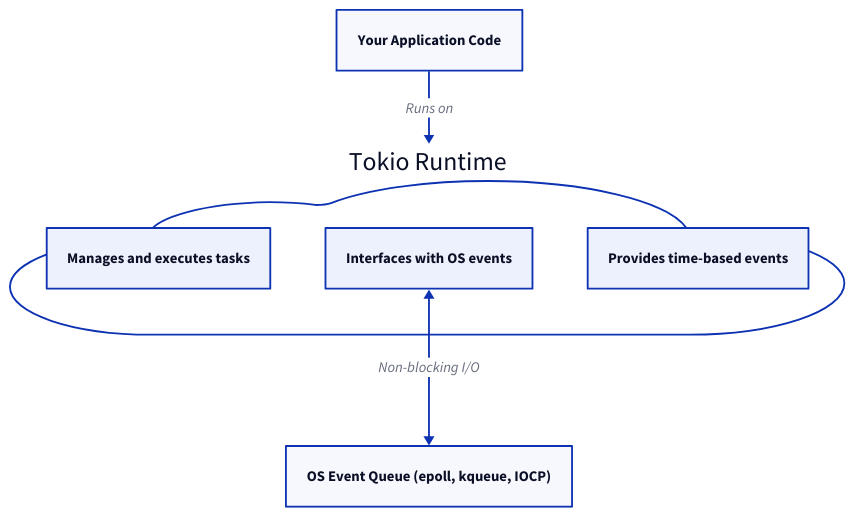
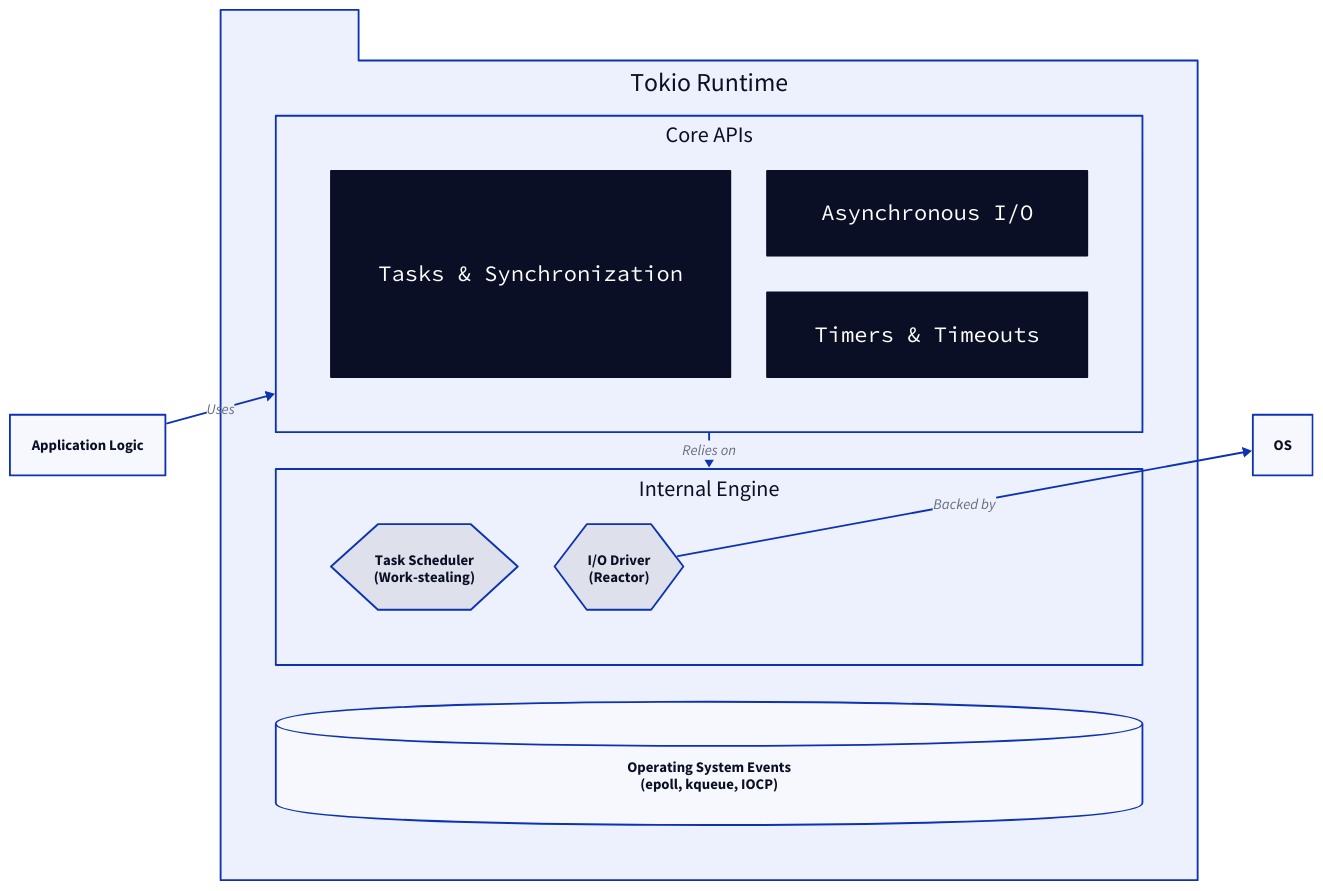
One commit to lban2049/tokio changed the diagram in .aigne/doc-smith/docs/overview.md. Above: the diagram before and after it, drawn with D2. The commit also changed other lines of this file and 42 other files, not shown here.

````diff
--- a/.aigne/doc-smith/docs/overview.md
+++ b/.aigne/doc-smith/docs/overview.md
@@ -21,14 +21,55 @@
 ```d2
 direction: down
 
-"Your Application Code" -> "Tokio Runtime": "Runs on"
-
-"Tokio Runtime": {
-  shape: cloud
-  "Task Scheduler": "Manages and executes tasks"
-  "I/O Reactor": "Interfaces with OS events"
-  "Timer": "Provides time-based events"
+"Application Logic" {
+  shape: rectangle
 }
 
-"Tokio Runtime"."I/O Reactor" <-> "OS Event Queue (epoll, kqueue, IOCP)": "Non-blocking I/O"
+"Tokio Runtime" {
+  shape: package
+  grid-columns: 1
+
+  "Core APIs" {
+    shape: rectangle
+    grid-columns: 2
+
+    "Task Management" {
+      label: "Tasks & Synchronization"
+      shape: class
+    }
+    "I/O Primitives" {
+      label: "Asynchronous I/O"
+      shape: class
+    }
+    "Time Utilities" {
+      label: "Timers & Timeouts"
+      shape: class
+    }
+  }
+
+  "Internal Engine" {
+    shape: rectangle
+    grid-columns: 2
+    
+    "Scheduler" {
+      label: "Task Scheduler\n(Work-stealing)"
+      shape: hexagon
+    }
+
+    "Driver" {
+      label: "I/O Driver\n(Reactor)"
+      shape: hexagon
+    }
+  }
+
+  "OS" {
+      label: "Operating System Events\n(epoll, kqueue, IOCP)"
+      shape: cylinder
+  }
+}
+
+"Application Logic" -> "Tokio Runtime"."Core APIs": "Uses"
+"Tokio Runtime"."Core APIs" -> "Tokio Runtime"."Internal Engine": "Relies on"
+"Tokio Runtime"."Internal Engine".Driver -> "OS": "Backed by"
+
 ```
````
